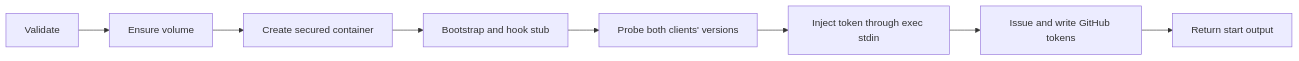
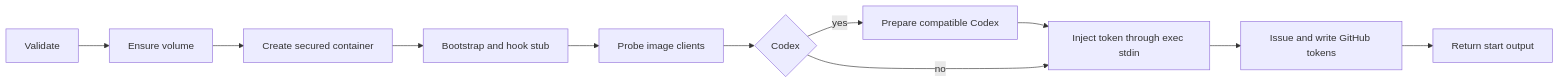
The diagram in docs/docker-broker-protocol.md (ophis/agent-pm), drawn with Mermaid before and after one commit. The commit also changed other lines of this file and 46 other files, not shown here.

````diff
--- a/docs/docker-broker-protocol.md
+++ b/docs/docker-broker-protocol.md
@@ -148,10 +168,13 @@
 ```mermaid
 flowchart LR
     V[Validate] --> W[Ensure volume]
     W --> C[Create secured container]
     C --> B[Bootstrap and hook stub]
-    B --> P[Probe both clients' versions]
-    P --> T[Inject token through exec stdin]
+    B --> P[Probe image clients]
+    P --> Q{Codex}
+    Q -->|yes| U[Prepare compatible Codex]
+    U --> T[Inject token through exec stdin]
+    Q -->|no| T
     T --> G[Issue and write GitHub tokens]
     G --> O[Return start output]
 ```
````
